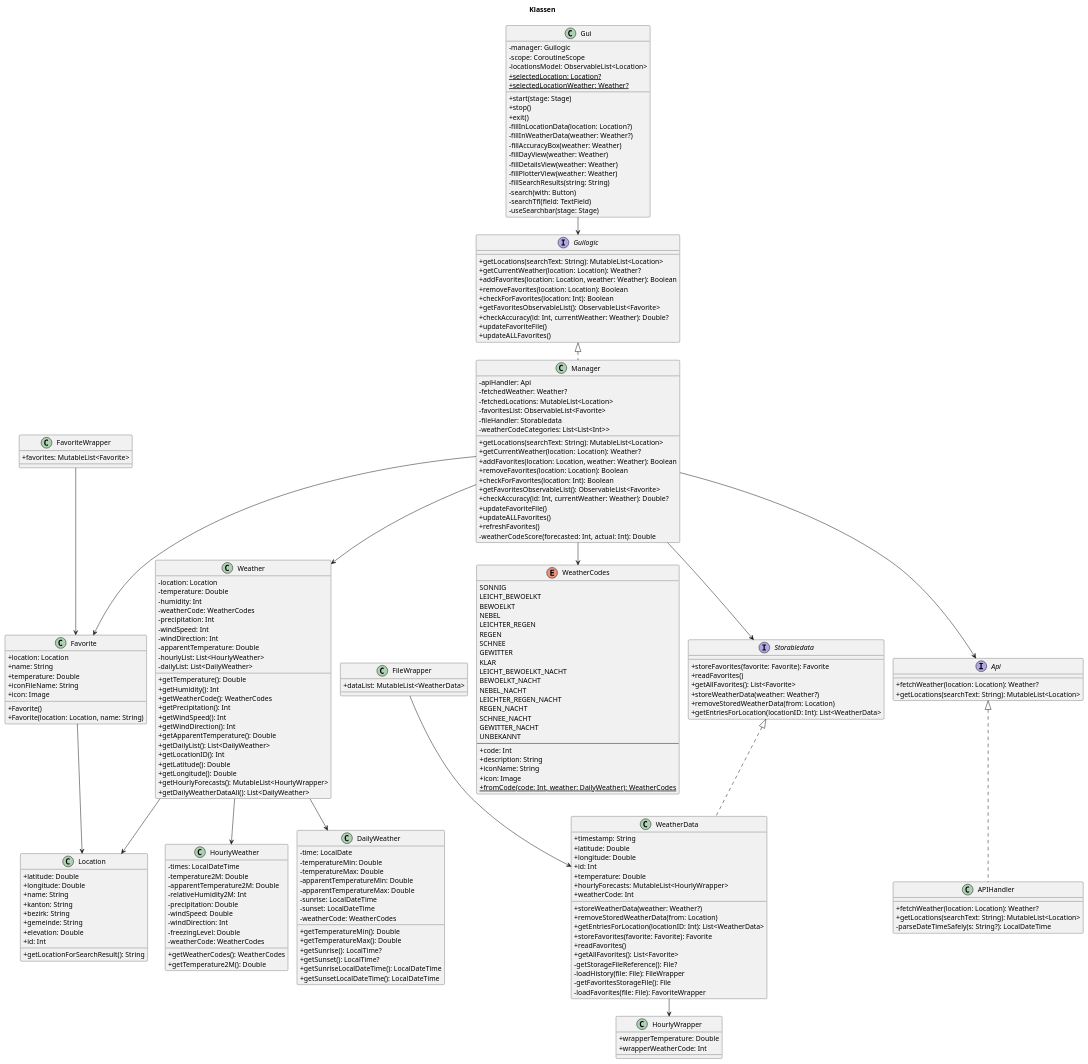
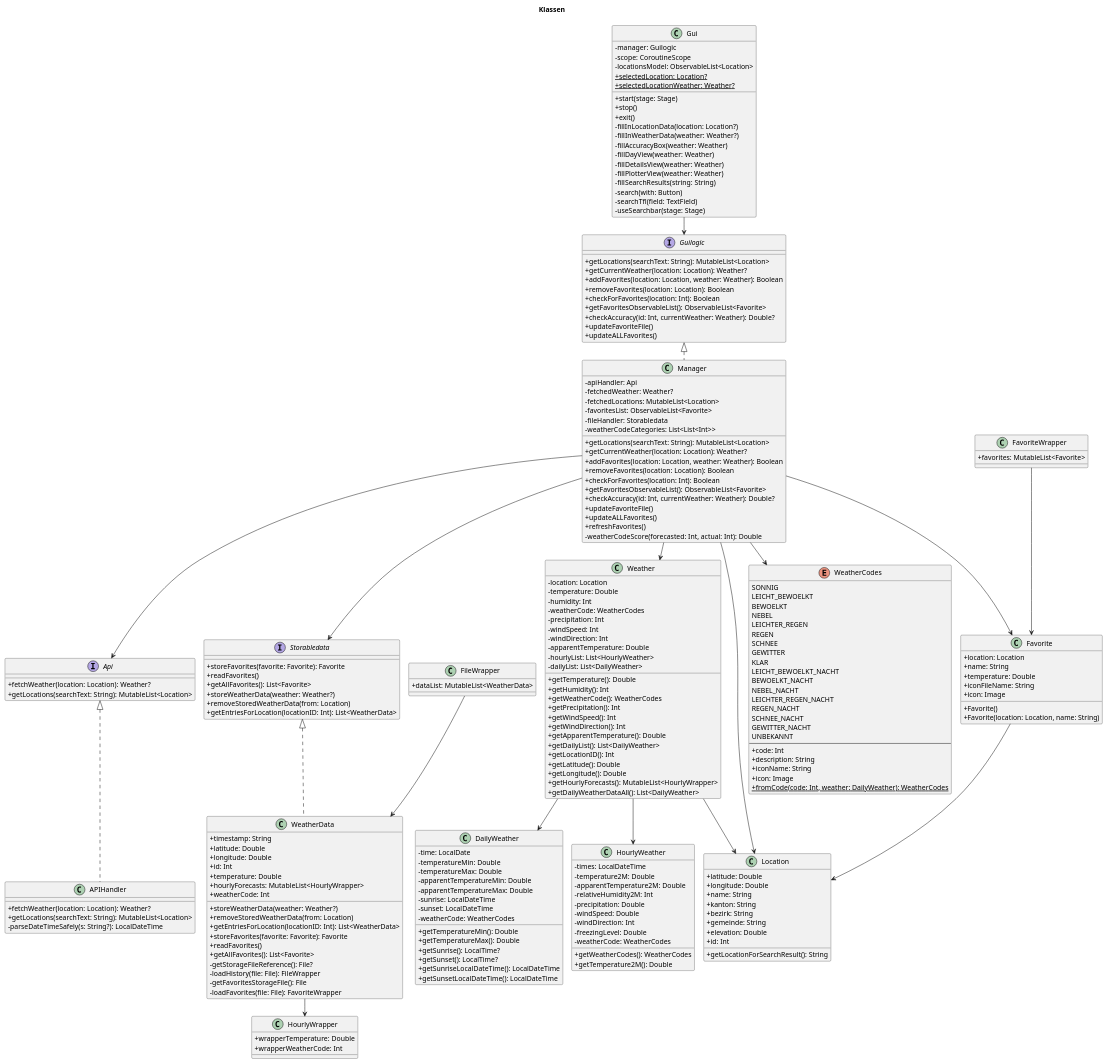
One commit to GrgPtrKoch/Wetterapp_pk changed the diagram in doc/Weather2b_ClassDiagram_V03.puml. Above: the diagram before and after it, drawn with PlantUML. The commit also changed 2 other files, not shown here.

```diff
--- a/doc/Weather2b_ClassDiagram_V03.puml
+++ b/doc/Weather2b_ClassDiagram_V03.puml
@@ -19,6 +19,7 @@
 Weather --> DailyWeather
 Manager --> WeatherCodes
 Favorite --> Location
+Manager --> Location
 Manager --> Favorite
 FavoriteWrapper --> Favorite
 FileWrapper --> WeatherData
```
